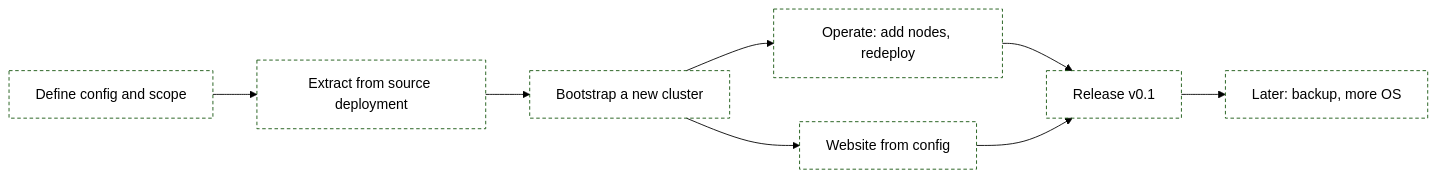
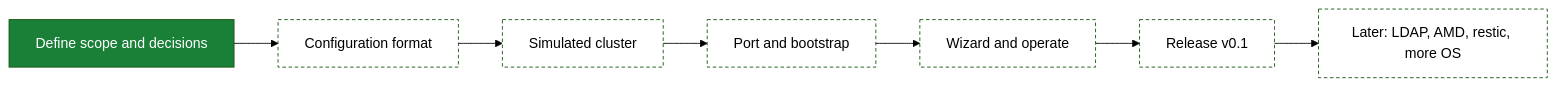
The first of 2 diagrams in PROJECT.md (enajx/nanoHPC), drawn with Mermaid (forest theme) before and after one commit. The commit also changed other lines of this file and 5 other files, not shown here.

````diff
--- a/PROJECT.md
+++ b/PROJECT.md
@@ -34,14 +34,13 @@
 ```mermaid
 flowchart LR
   classDef done fill:#1a7f37,color:#fff
   classDef wip fill:#d4a72c,color:#000
   classDef queued fill:none,stroke-dasharray:4 3
 
-  P1[Define config and scope]:::queued --> P2[Extract from source deployment]:::queued
-  P2 --> P3[Bootstrap a new cluster]:::queued
-  P3 --> P4[Operate: add nodes, redeploy]:::queued
-  P3 --> P5[Website from config]:::queued
-  P4 --> P6[Release v0.1]:::queued
-  P5 --> P6
-  P6 --> P7[Later: backup, more OS]:::queued
+  P1[Define scope and decisions]:::done --> P2[Configuration format]:::queued
+  P2 --> P3[Simulated cluster]:::queued
+  P3 --> P4[Port and bootstrap]:::queued
+  P4 --> P5[Wizard and operate]:::queued
+  P5 --> P6[Release v0.1]:::queued
+  P6 --> P7[Later: LDAP, AMD, restic, more OS]:::queued
 ```
````
